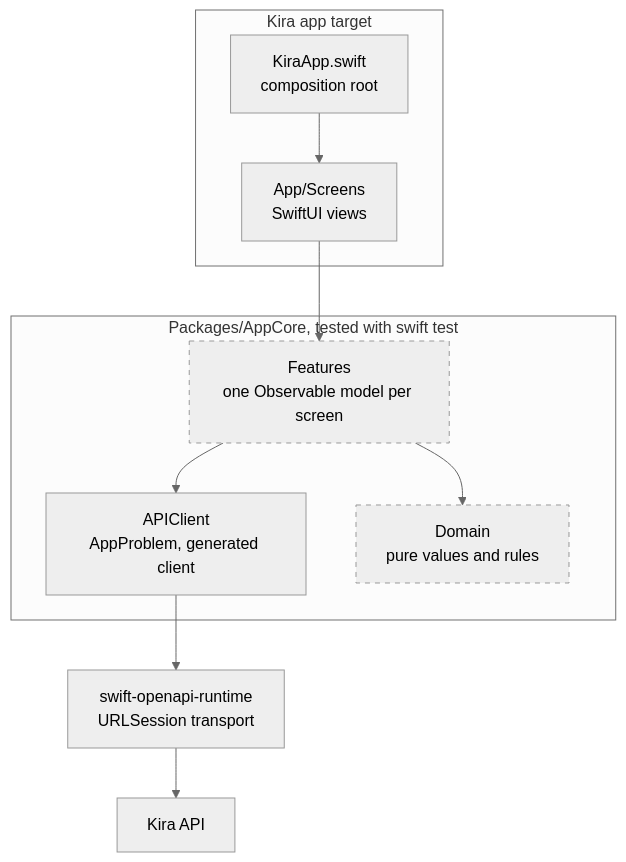
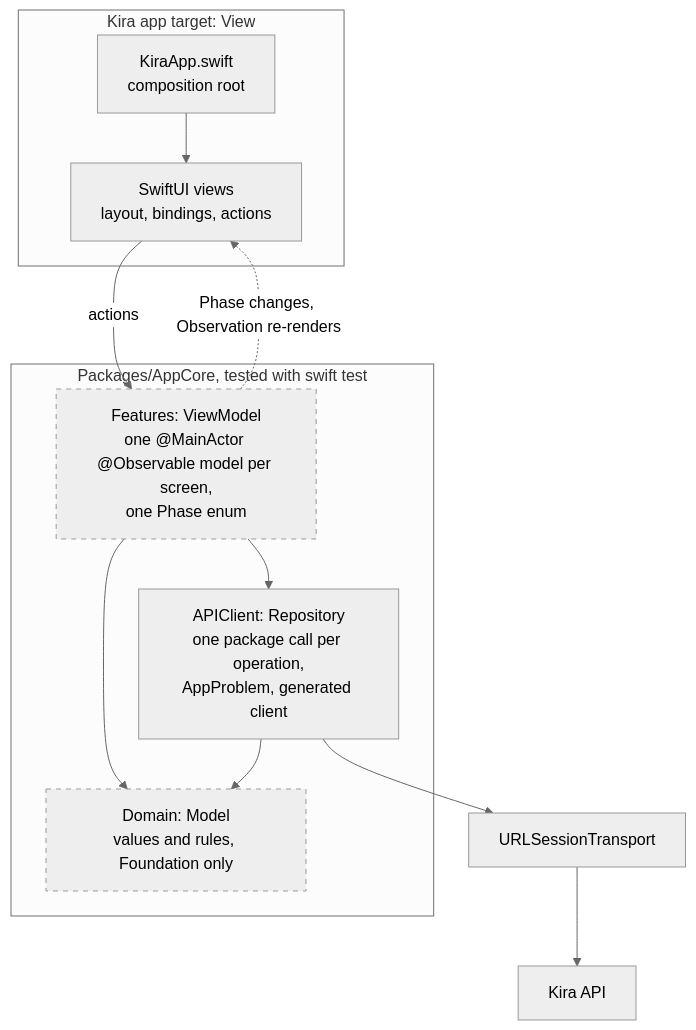
One commit to Kira-iOS-Project/kira-mobile-ios changed the second of 6 diagrams in README.md. Above: the diagram before and after it, drawn with Mermaid (neutral theme). The commit also changed other lines of this file, not shown here.

First line of the commit message:
docs: describe the MVVM architecture in depth, with Title Case headings

````diff
--- a/README.md
+++ b/README.md
@@ -98,18 +100,20 @@
 ```mermaid
 flowchart TB
-  subgraph target["Kira app target"]
-    root["KiraApp.swift<br/>composition root"] --> views["App/Screens<br/>SwiftUI views"]
+  subgraph target["Kira app target: View"]
+    root["KiraApp.swift<br/>composition root"] --> views["SwiftUI views<br/>layout, bindings, actions"]
   end
   subgraph core["Packages/AppCore, tested with swift test"]
-    features["Features<br/>one Observable model per screen"]
-    apiclient["APIClient<br/>AppProblem, generated client"]
-    domain["Domain<br/>pure values and rules"]
+    features["Features: ViewModel<br/>one @MainActor @Observable model per screen,<br/>one Phase enum"]
+    apiclient["APIClient: Repository<br/>one package call per operation,<br/>AppProblem, generated client"]
+    domain["Domain: Model<br/>values and rules, Foundation only"]
   end
-  views --> features
+  views -- "actions" --> features
+  features -. "Phase changes, Observation re-renders" .-> views
   features --> apiclient
   features --> domain
-  apiclient --> runtime["swift-openapi-runtime<br/>URLSession transport"]
-  runtime --> api["Kira API"]
+  apiclient --> domain
+  apiclient --> transport["URLSessionTransport"]
+  transport --> api["Kira API"]
   classDef planned stroke-dasharray: 5 5
   class features,domain planned
 ```
````
